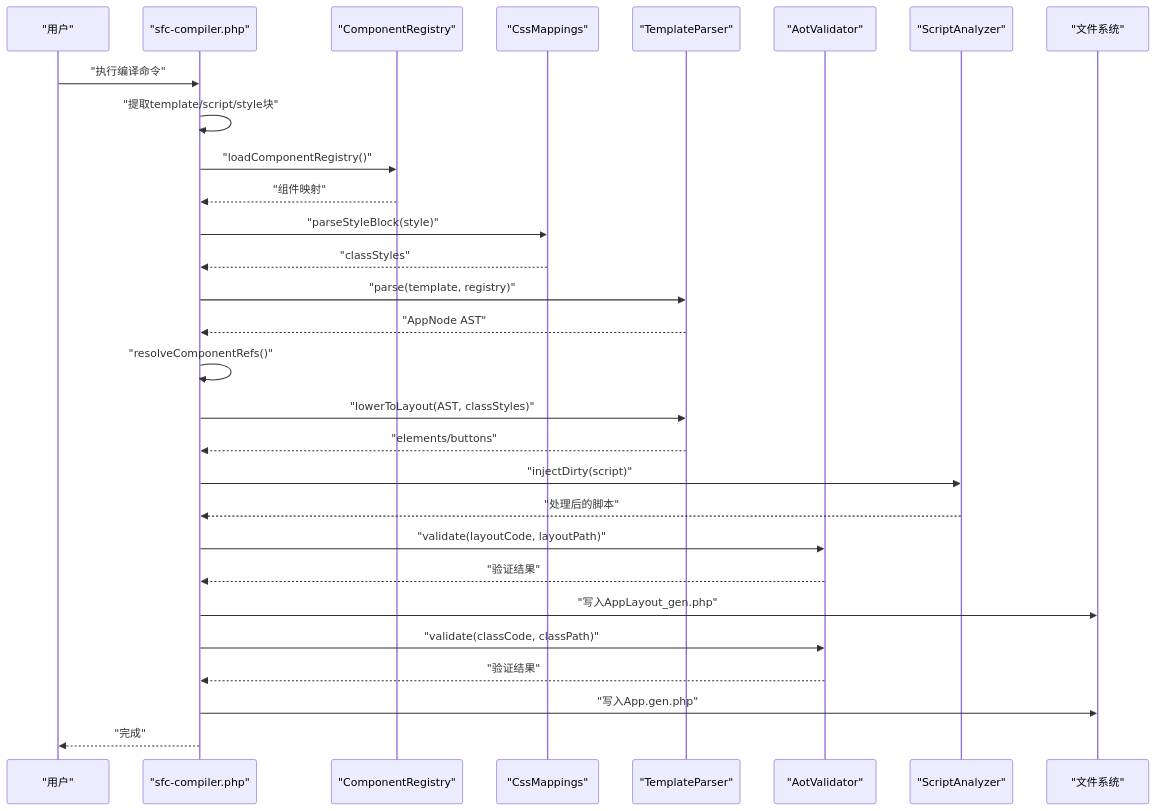
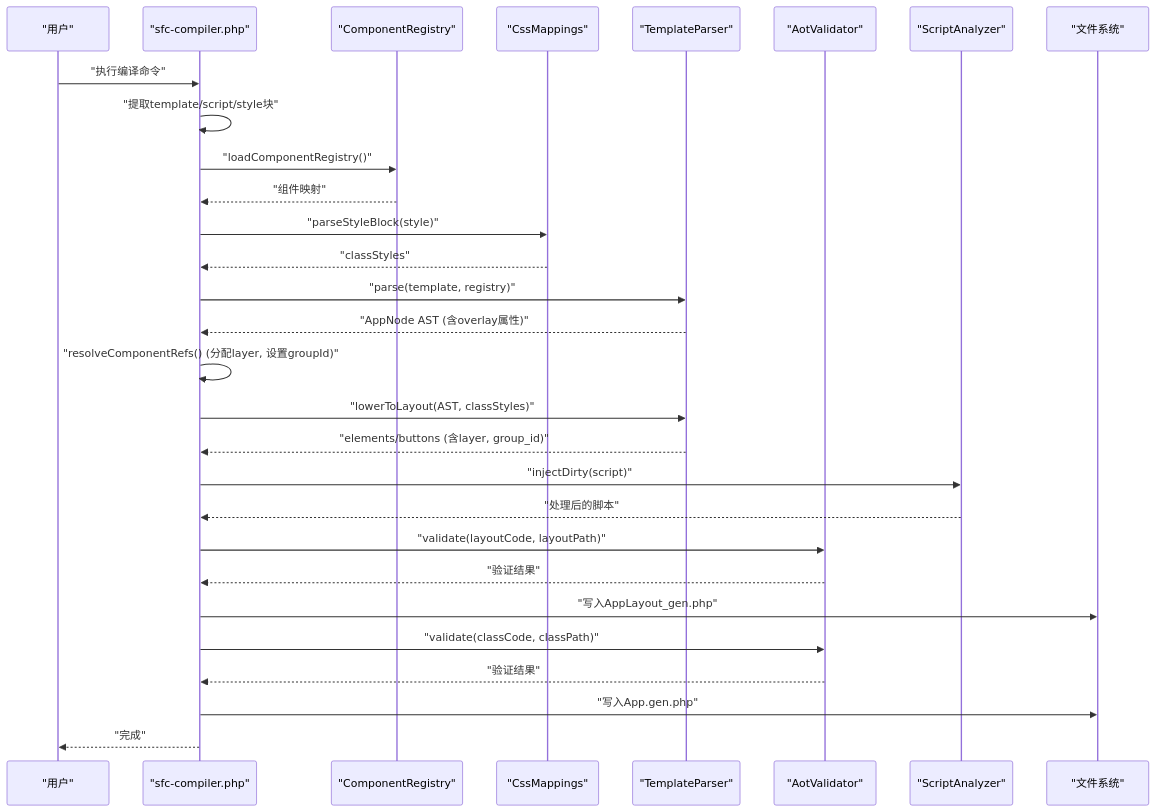
The second of 13 diagrams in .qoder/repowiki/zh/content/SFC编译器系统/SFC编译器系统.md (xingye00186/PHP-Data-UI-Framework-powered-by-swooleAOT), drawn with Mermaid before and after one commit. The commit also changed other lines of this file and 37 other files, not shown here.

````diff
--- a/.qoder/repowiki/zh/content/SFC编译器系统/SFC编译器系统.md
+++ b/.qoder/repowiki/zh/content/SFC编译器系统/SFC编译器系统.md
@@ -134,31 +142,31 @@
 ```mermaid
 sequenceDiagram
 participant U as "用户"
 participant CLI as "sfc-compiler.php"
 participant CR as "ComponentRegistry"
 participant CM as "CssMappings"
 participant TP as "TemplateParser"
 participant AV as "AotValidator"
 participant SA as "ScriptAnalyzer"
 participant FS as "文件系统"
 U->>CLI : "执行编译命令"
 CLI->>CLI : "提取template/script/style块"
 CLI->>CR : "loadComponentRegistry()"
 CR-->>CLI : "组件映射"
 CLI->>CM : "parseStyleBlock(style)"
 CM-->>CLI : "classStyles"
 CLI->>TP : "parse(template, registry)"
-TP-->>CLI : "AppNode AST"
-CLI->>CLI : "resolveComponentRefs()"
+TP-->>CLI : "AppNode AST (含overlay属性)"
+CLI->>CLI : "resolveComponentRefs() (分配layer, 设置groupId)"
 CLI->>TP : "lowerToLayout(AST, classStyles)"
-TP-->>CLI : "elements/buttons"
+TP-->>CLI : "elements/buttons (含layer, group_id)"
 CLI->>SA : "injectDirty(script)"
 SA-->>CLI : "处理后的脚本"
 CLI->>AV : "validate(layoutCode, layoutPath)"
 AV-->>CLI : "验证结果"
 CLI->>FS : "写入AppLayout_gen.php"
 CLI->>AV : "validate(classCode, classPath)"
 AV-->>CLI : "验证结果"
 CLI->>FS : "写入App.gen.php"
 CLI-->>U : "完成"
 ```
````
